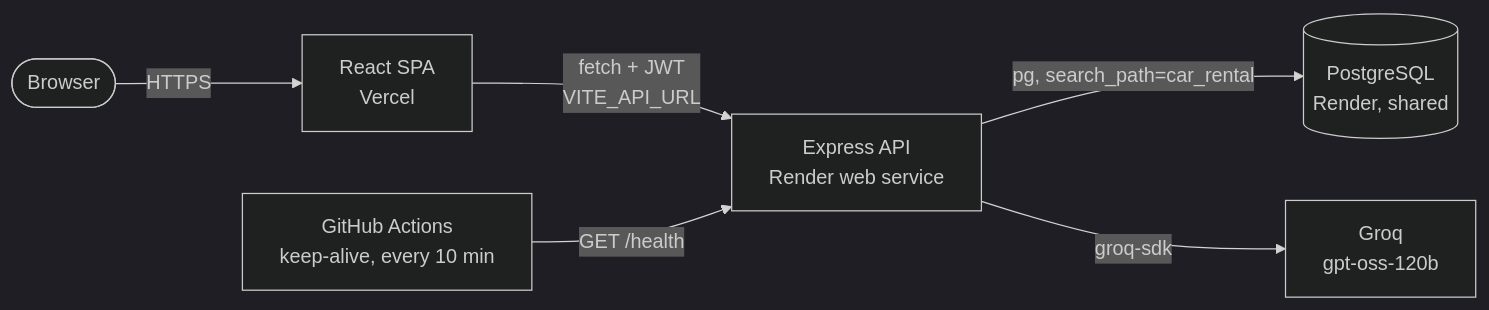
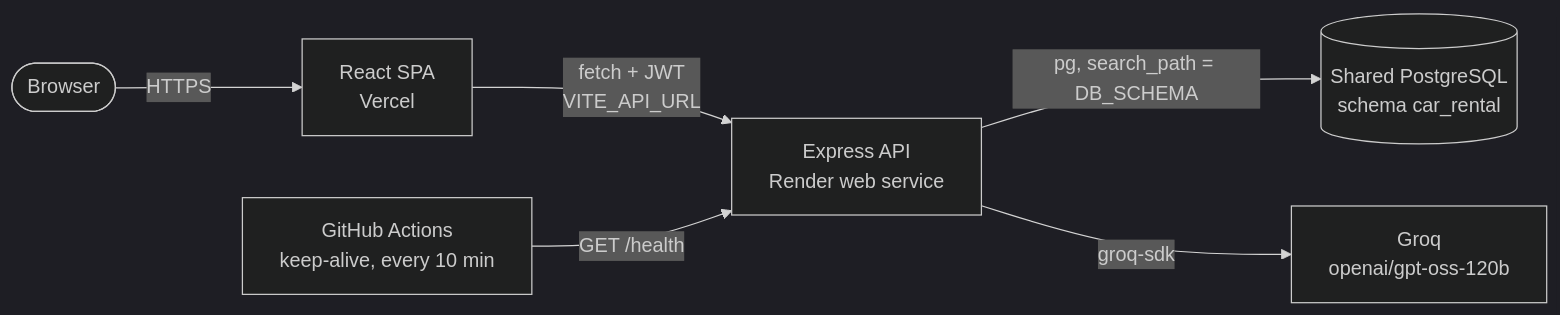
One commit to HarshBathija-04/Car-Rental-Platform changed the diagram in README.md. Above: the diagram before and after it, drawn with Mermaid (dark theme). The commit also changed other lines of this file, not shown here.

````diff
--- a/README.md
+++ b/README.md
@@ -33,8 +33,8 @@
 ```mermaid
 flowchart LR
   user([Browser]) -->|HTTPS| web["React SPA<br/>Vercel"]
   web -->|"fetch + JWT<br/>VITE_API_URL"| api["Express API<br/>Render web service"]
-  api -->|"pg, search_path=car_rental"| db[("PostgreSQL<br/>Render, shared")]
-  api -->|groq-sdk| groq["Groq<br/>gpt-oss-120b"]
+  api -->|"pg, search_path = DB_SCHEMA"| db[("Shared PostgreSQL<br/>schema car_rental")]
+  api -->|groq-sdk| groq["Groq<br/>openai/gpt-oss-120b"]
   gha["GitHub Actions<br/>keep-alive, every 10 min"] -->|"GET /health"| api
 ```
````
